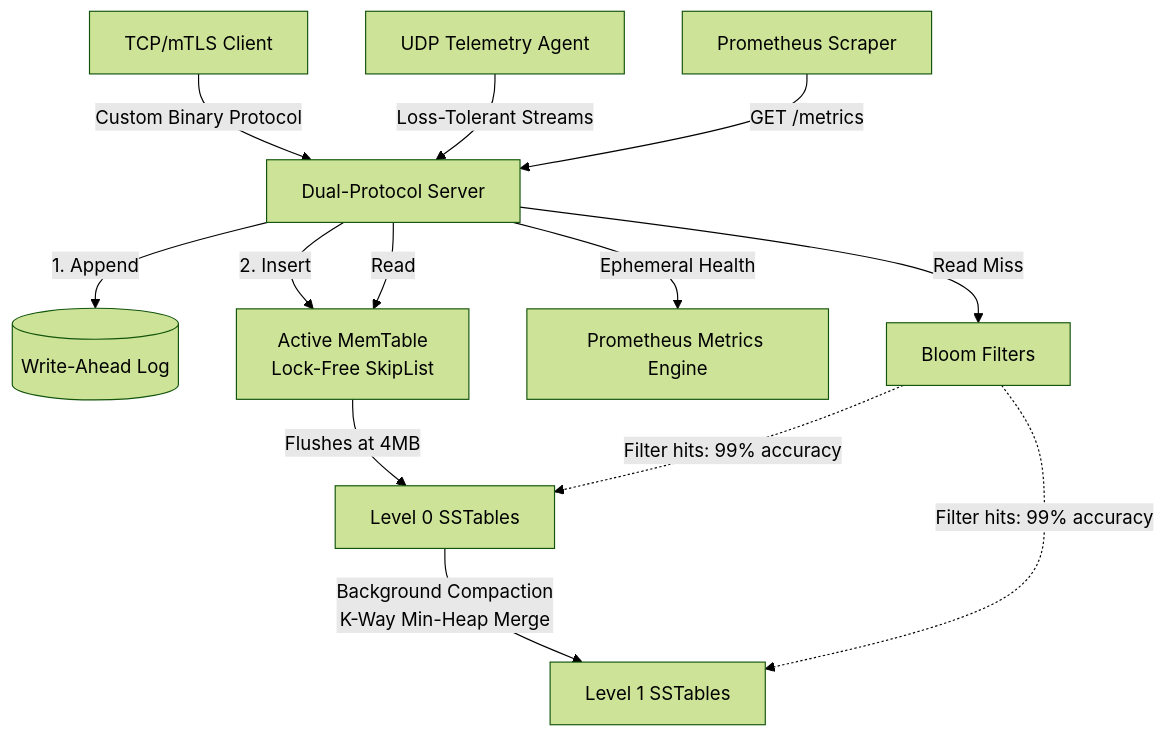
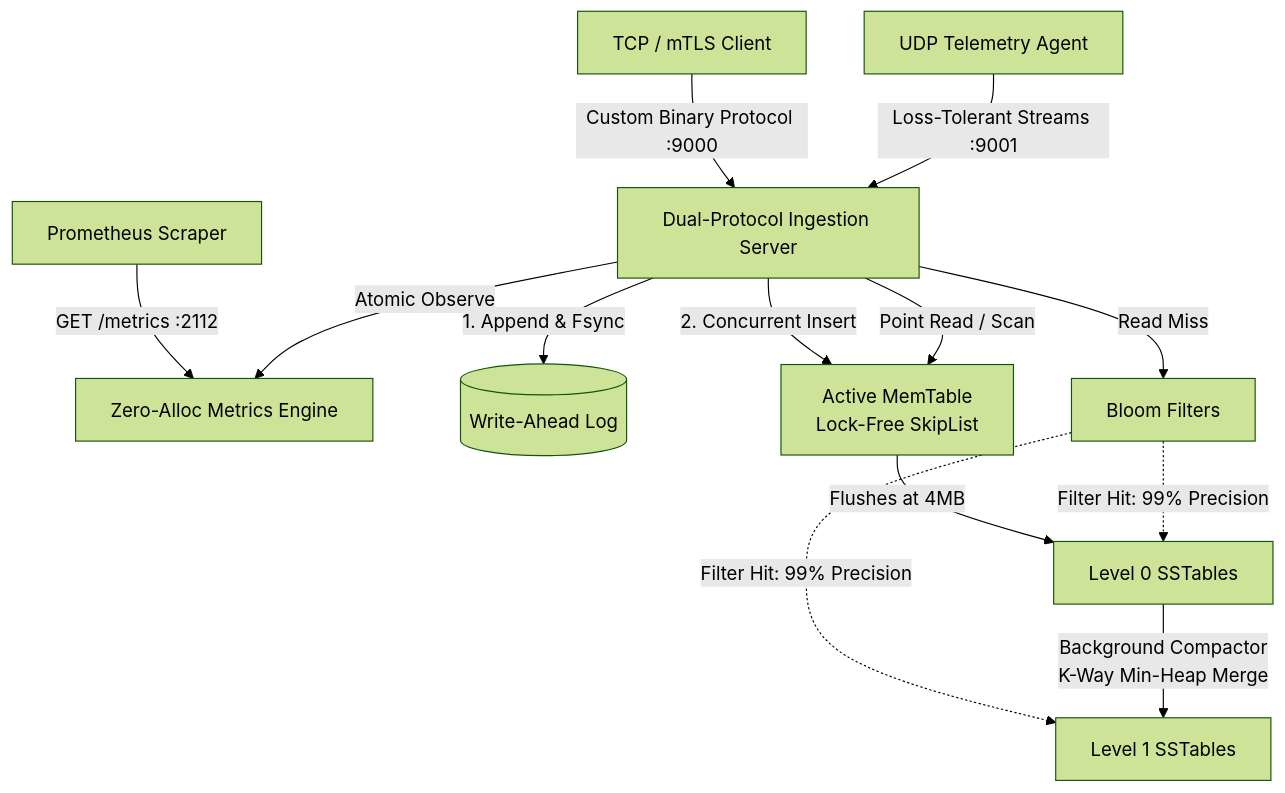
One commit to Awesome06/Forest_DatabaseEngine changed the diagram in README.md. Above: the diagram before and after it, drawn with Mermaid (forest theme). The commit also changed other lines of this file and 24 other files, not shown here.

````diff
--- a/README.md
+++ b/README.md
@@ -85,19 +149,19 @@
 ```mermaid
 graph TD
-    Client[TCP/mTLS Client] -->|Custom Binary Protocol| Server[Dual-Protocol Server]
-    UDPClient[UDP Telemetry Agent] -->|Loss-Tolerant Streams| Server
-    Prometheus[Prometheus Scraper] -->|GET /metrics| Server
+    Client[TCP / mTLS Client] -->|Custom Binary Protocol :9000| Server[Dual-Protocol Ingestion Server]
+    UDPClient[UDP Telemetry Agent] -->|Loss-Tolerant Streams :9001| Server
+    Prometheus[Prometheus Scraper] -->|GET /metrics :2112| MetricsEngine[Zero-Alloc Metrics Engine]
 
-    Server -->|1. Append| WAL[(Write-Ahead Log)]
-    Server -->|2. Insert| MemTable[Active MemTable <br/> Lock-Free SkipList]
-    Server -->|Read| MemTable
-    Server -->|Ephemeral Health| MetricsBus[Prometheus Metrics Engine]
+    Server -->|1. Append & Fsync| WAL[(Write-Ahead Log)]
+    Server -->|2. Concurrent Insert| MemTable[Active MemTable <br/> Lock-Free SkipList]
+    Server -->|Point Read / Scan| MemTable
+    Server -->|Atomic Observe| MetricsEngine
     
     MemTable -->|Flushes at 4MB| L0[Level 0 SSTables]
     
     Server -->|Read Miss| Bloom[Bloom Filters]
-    Bloom -.->|Filter hits: 99% accuracy| L0
-    Bloom -.->|Filter hits: 99% accuracy| L1[Level 1 SSTables]
+    Bloom -.->|Filter Hit: 99% Precision| L0
+    Bloom -.->|Filter Hit: 99% Precision| L1[Level 1 SSTables]
     
-    L0 -->|Background Compaction <br/> K-Way Min-Heap Merge| L1
+    L0 -->|Background Compactor <br/> K-Way Min-Heap Merge| L1
 ```
````
